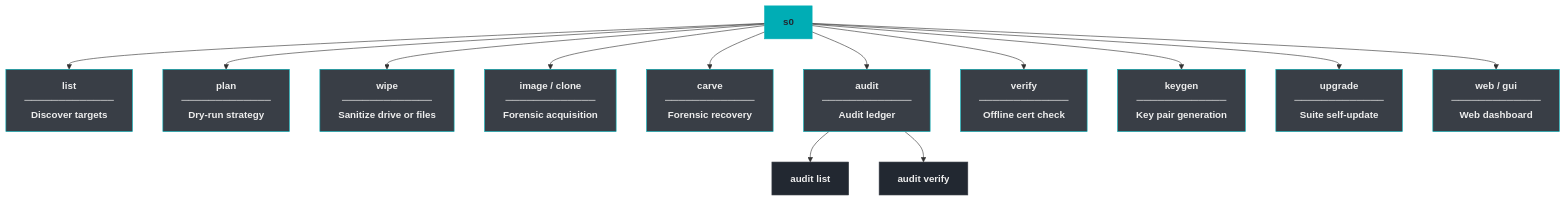
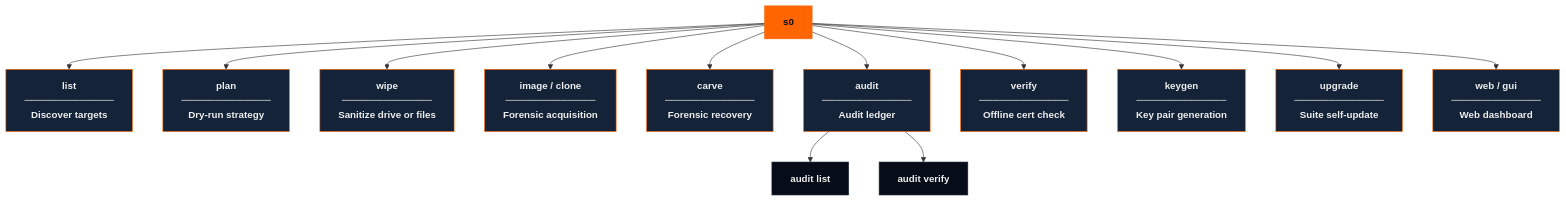
Before and after one commit to kartik2005221/s0: the first of 2 diagrams in docs/guides/cli-reference.md, drawn with Mermaid. The commit also changed other lines of this file and 3 other files, not shown here.

````diff
--- a/docs/guides/cli-reference.md
+++ b/docs/guides/cli-reference.md
@@ -17,26 +17,26 @@
 ```mermaid
 flowchart TD
     S0["<b>s0</b>"]:::root
 
     S0 --> LIST["list\n─────────────\nDiscover targets"]
     S0 --> PLAN["plan\n─────────────\nDry-run strategy"]
     S0 --> WIPE["wipe\n─────────────\nSanitize drive or files"]
     S0 --> IMAGE["image / clone\n─────────────\nForensic acquisition"]
     S0 --> CARVE["carve\n─────────────\nForensic recovery"]
     S0 --> AUDIT["audit\n─────────────\nAudit ledger"]
     S0 --> VERIFY["verify\n─────────────\nOffline cert check"]
     S0 --> KEYGEN["keygen\n─────────────\nKey pair generation"]
     S0 --> UPGRADE["upgrade\n─────────────\nSuite self-update"]
     S0 --> WEB["web / gui\n─────────────\nWeb dashboard"]
 
     AUDIT --> AL["audit list"]
     AUDIT --> AV["audit verify"]
 
-    classDef root fill:#00ADB5,stroke:#00ADB5,color:#222831,font-weight:bold;
-    classDef sub fill:#393E46,stroke:#00ADB5,color:#EEEEEE;
-    classDef leaf fill:#222831,stroke:#393E46,color:#EEEEEE;
+    classDef root fill:#FF6500,stroke:#FF6500,color:#070D18,font-weight:bold;
+    classDef sub fill:#142338,stroke:#FF6500,color:#EEEEEE;
+    classDef leaf fill:#070D18,stroke:#142338,color:#EEEEEE;
 
     class S0 root;
     class LIST,PLAN,WIPE,ERASE,IMAGE,CARVE,AUDIT,VERIFY,KEYGEN,UPGRADE,WEB sub;
     class AL,AV leaf;
 ```
````
